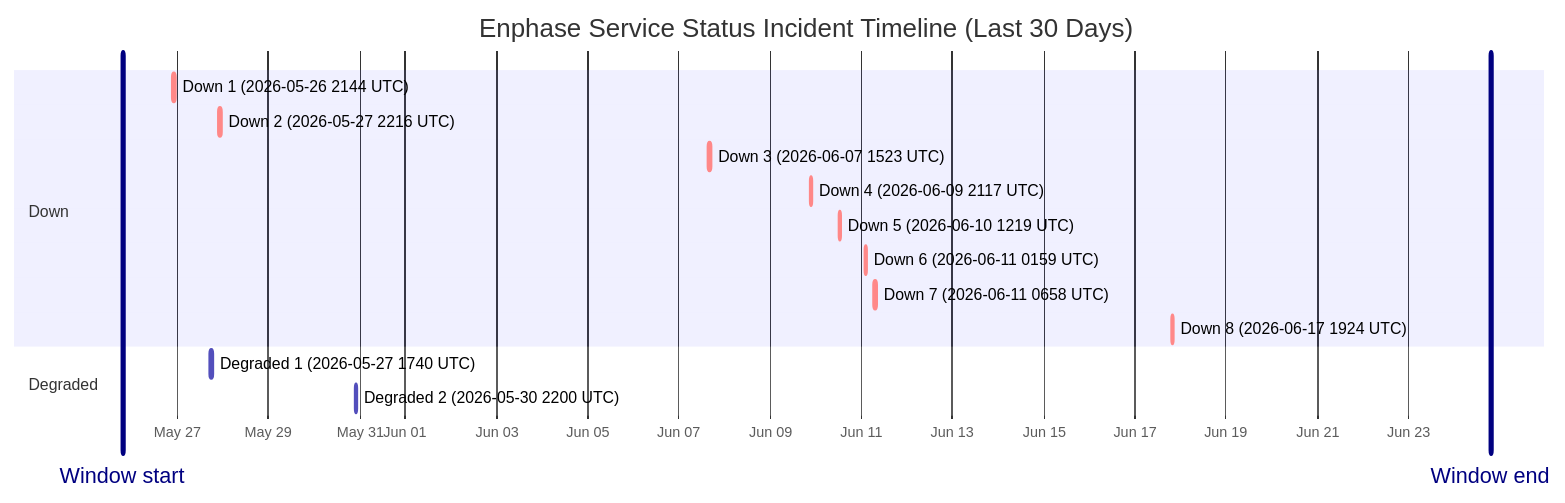
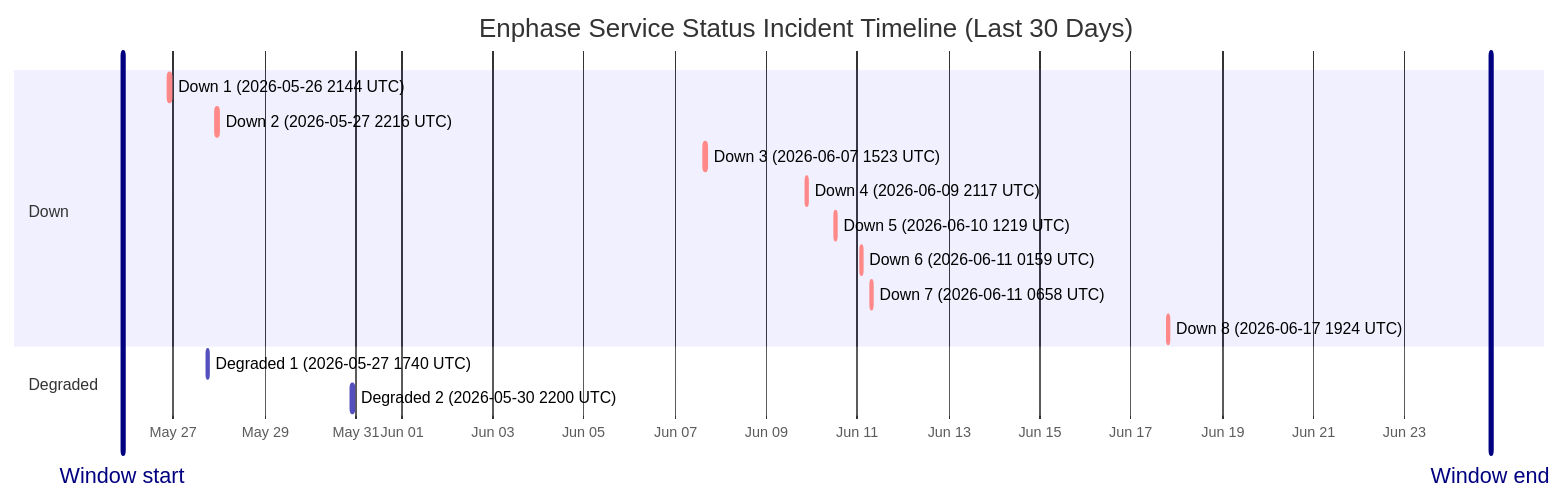
Before and after one commit to barneyonline/ha-enphase-energy: the diagram in wiki/Service-Status-History.md, drawn with Mermaid. The commit also changed other lines of this file and 3 other files, not shown here.

````diff
--- a/wiki/Service-Status-History.md
+++ b/wiki/Service-Status-History.md
@@ -14,20 +14,20 @@
 ```mermaid
 gantt
     title Enphase Service Status Incident Timeline (Last 30 Days)
     dateFormat  YYYY-MM-DDTHH:mm:ss
     axisFormat  %b %d
-    Window start :vert, window-start, 2026-05-25T19:12:22, 0ms
-    Window end :vert, window-end, 2026-06-24T19:12:22, 0ms
+    Window start :vert, window-start, 2026-05-25T21:09:16, 0ms
+    Window end :vert, window-end, 2026-06-24T21:09:16, 0ms
     section Down
     Down 1 (2026-05-26 2144 UTC) :crit, down-1, 2026-05-26T21:44:11, 85m
     Down 2 (2026-05-27 2216 UTC) :crit, down-2, 2026-05-27T22:16:53, 87m
     Down 3 (2026-06-07 1523 UTC) :crit, down-3, 2026-06-07T15:23:22, 87m
     Down 4 (2026-06-09 2117 UTC) :crit, down-4, 2026-06-09T21:17:17, 60m
     Down 5 (2026-06-10 1219 UTC) :crit, down-5, 2026-06-10T12:19:21, 60m
     Down 6 (2026-06-11 0159 UTC) :crit, down-6, 2026-06-11T01:59:36, 60m
     Down 7 (2026-06-11 0658 UTC) :crit, down-7, 2026-06-11T06:58:45, 60m
     Down 8 (2026-06-17 1924 UTC) :crit, down-8, 2026-06-17T19:24:51, 60m
     section Degraded
     Degraded 1 (2026-05-27 1740 UTC) :active, degraded-1, 2026-05-27T17:40:52, 60m
     Degraded 2 (2026-05-30 2200 UTC) :active, degraded-2, 2026-05-30T22:00:37, 60m
 ```
````
